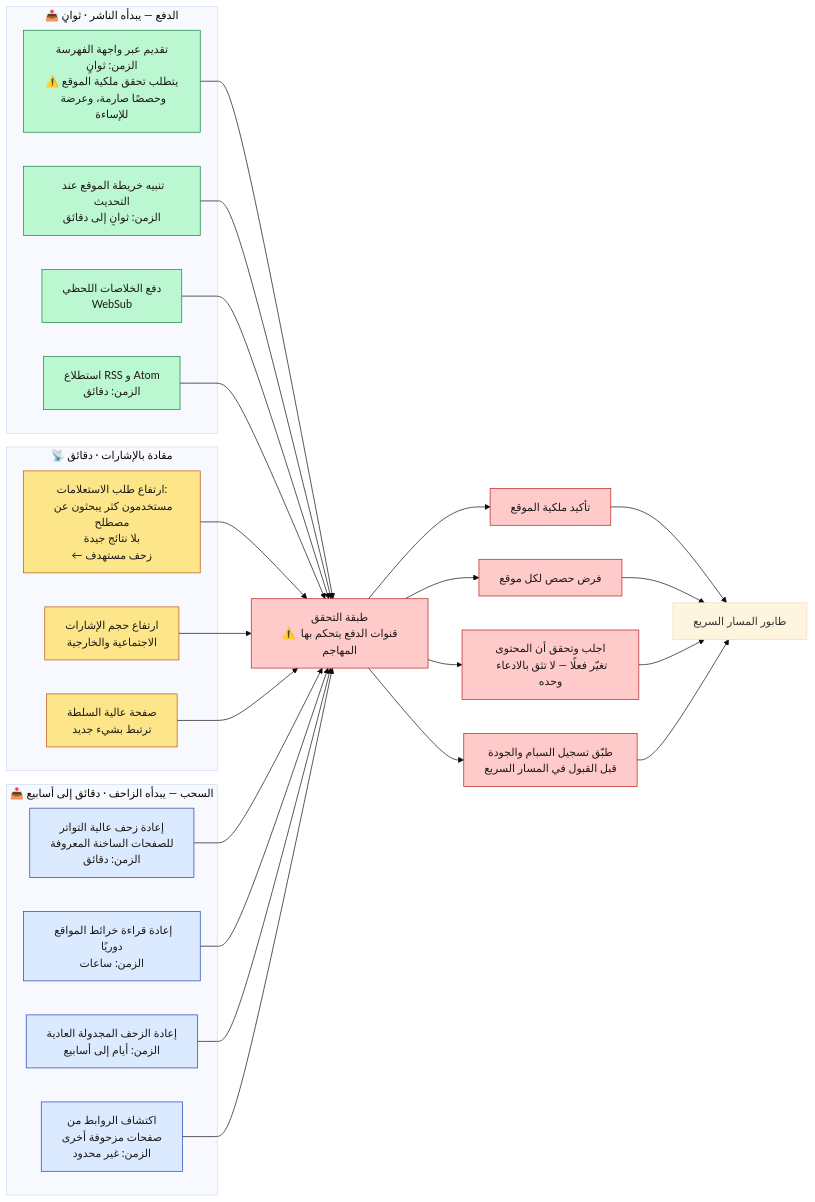
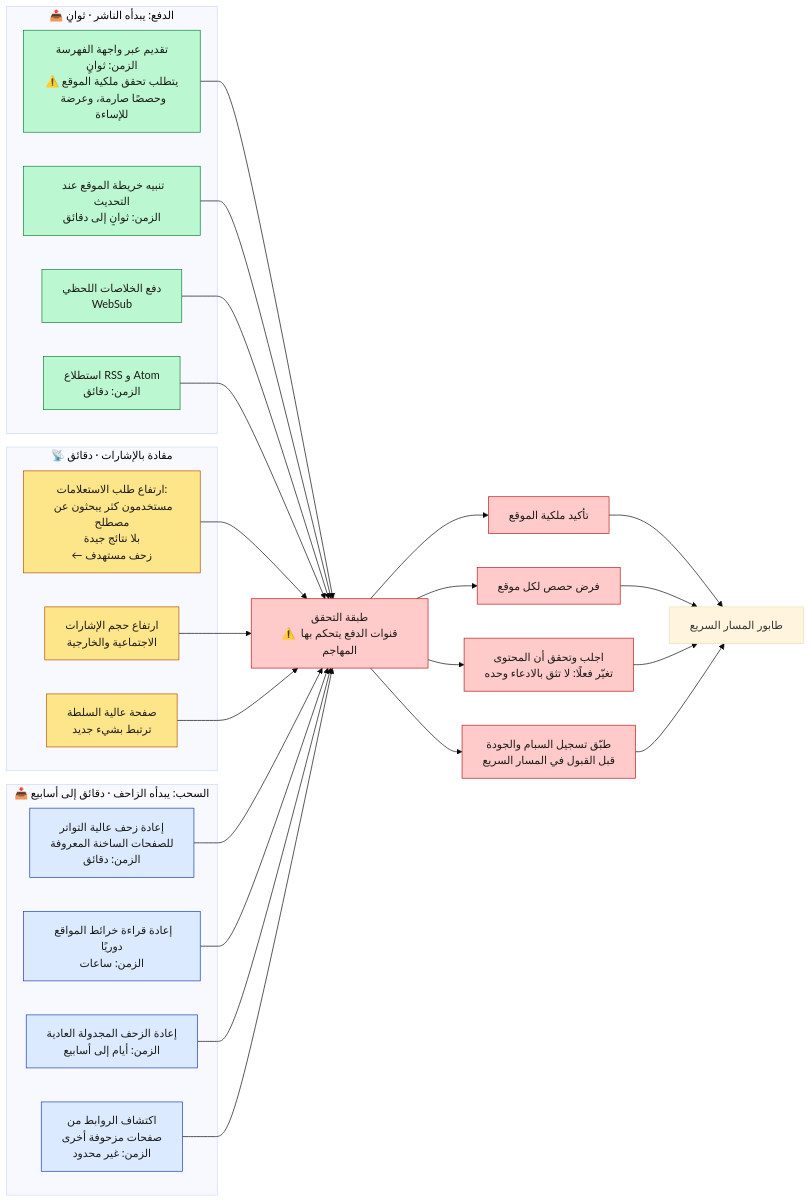
One commit to ahmedselimmansor-ctrl/google-search-system-design changed the third of 4 diagrams in docs/ar/11-freshness.md. Above: the diagram before and after it, drawn with Mermaid (base theme). The commit also changed other lines of this file and 89 other files, not shown here.

````diff
--- a/docs/ar/11-freshness.md
+++ b/docs/ar/11-freshness.md
@@ -162,42 +162,42 @@
 ```mermaid
 flowchart LR
-    subgraph PUSH["📤 الدفع — يبدأه الناشر · ثوانٍ"]
+    subgraph PUSH["📤 الدفع: يبدأه الناشر · ثوانٍ"]
         P1["تقديم عبر واجهة الفهرسة<br/>الزمن: ثوانٍ<br/>⚠️ يتطلب تحقق ملكية الموقع<br/>وحصصًا صارمة، وعرضة للإساءة"]
         P2["تنبيه خريطة الموقع عند التحديث<br/>الزمن: ثوانٍ إلى دقائق"]
         P3["دفع الخلاصات اللحظي<br/>WebSub"]
         P4["استطلاع RSS و Atom<br/>الزمن: دقائق"]
     end
 
     subgraph SIGNAL["📡 مقادة بالإشارات · دقائق"]
         S1["ارتفاع طلب الاستعلامات:<br/>مستخدمون كثر يبحثون عن مصطلح<br/>بلا نتائج جيدة<br/>← زحف مستهدف"]
         S2["ارتفاع حجم الإشارات<br/>الاجتماعية والخارجية"]
         S3["صفحة عالية السلطة<br/>ترتبط بشيء جديد"]
     end
 
-    subgraph PULL["📥 السحب — يبدأه الزاحف · دقائق إلى أسابيع"]
+    subgraph PULL["📥 السحب: يبدأه الزاحف · دقائق إلى أسابيع"]
         L1["إعادة زحف عالية التواتر<br/>للصفحات الساخنة المعروفة<br/>الزمن: دقائق"]
         L2["إعادة قراءة خرائط المواقع دوريًا<br/>الزمن: ساعات"]
         L3["إعادة الزحف المجدولة العادية<br/>الزمن: أيام إلى أسابيع"]
         L4["اكتشاف الروابط من<br/>صفحات مزحوفة أخرى<br/>الزمن: غير محدود"]
     end
 
     P1 & P2 & P3 & P4 --> VERIFY["طبقة التحقق<br/>⚠️ قنوات الدفع يتحكم بها المهاجم"]
     S1 & S2 & S3 --> VERIFY
     L1 & L2 & L3 & L4 --> VERIFY
 
     VERIFY --> V1["تأكيد ملكية الموقع"]
     VERIFY --> V2["فرض حصص لكل موقع"]
-    VERIFY --> V3["اجلب وتحقق أن المحتوى<br/>تغيّر فعلًا — لا تثق بالادعاء وحده"]
+    VERIFY --> V3["اجلب وتحقق أن المحتوى<br/>تغيّر فعلًا: لا تثق بالادعاء وحده"]
     VERIFY --> V4["طبّق تسجيل السبام والجودة<br/>قبل القبول في المسار السريع"]
 
     V1 & V2 & V3 & V4 --> FT["طابور المسار السريع"]
 
     classDef push fill:#bbf7d0,stroke:#15803d,color:#1c1917
     classDef sig fill:#fde68a,stroke:#b45309,color:#1c1917
     classDef pull fill:#dbeafe,stroke:#1e40af,color:#1c1917
     classDef sec fill:#fecaca,stroke:#b91c1c,color:#1c1917
     class P1,P2,P3,P4 push
     class S1,S2,S3 sig
     class L1,L2,L3,L4 pull
     class VERIFY,V1,V2,V3,V4 sec
 ```
````
